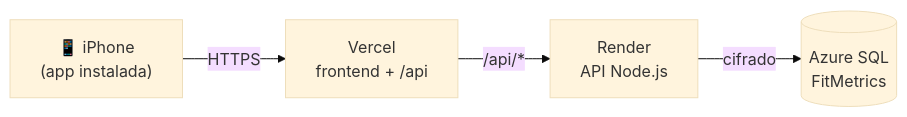
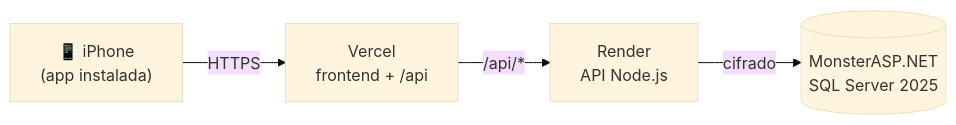
The diagram in docs/despliegue.md (raulchvzt/FitMetrics), drawn with Mermaid (base theme) before and after one commit. The commit also changed other lines of this file and 4 other files, not shown here.

First line of the commit message:
Docs: FitMetrics publicada en fitmetrics-rose.vercel.app con Vercel, Render y MonsterASP

````diff
--- a/docs/despliegue.md
+++ b/docs/despliegue.md
@@ -5,6 +6,6 @@
 ```mermaid
 flowchart LR
     A["📱 iPhone<br/>(app instalada)"] -->|HTTPS| B["Vercel<br/>frontend + /api"]
     B -->|"/api/*"| C["Render<br/>API Node.js"]
-    C -->|"cifrado"| D[("Azure SQL<br/>FitMetrics")]
+    C -->|"cifrado"| D[("MonsterASP.NET<br/>SQL Server 2025")]
 ```
````
